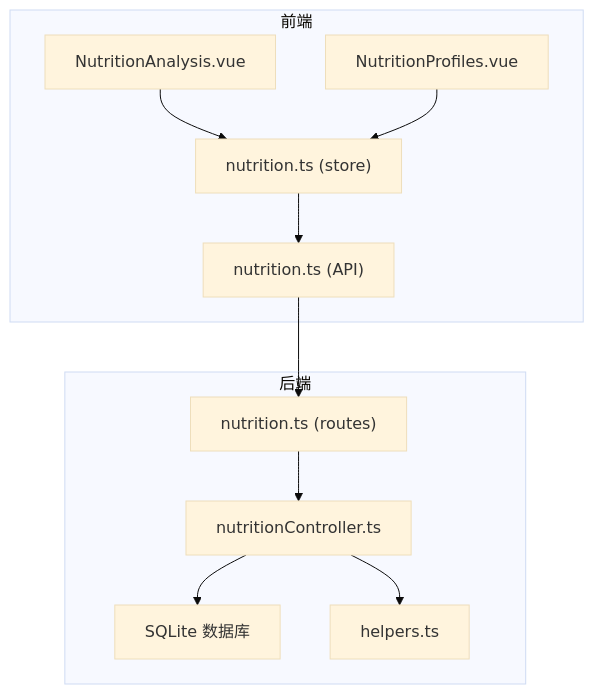
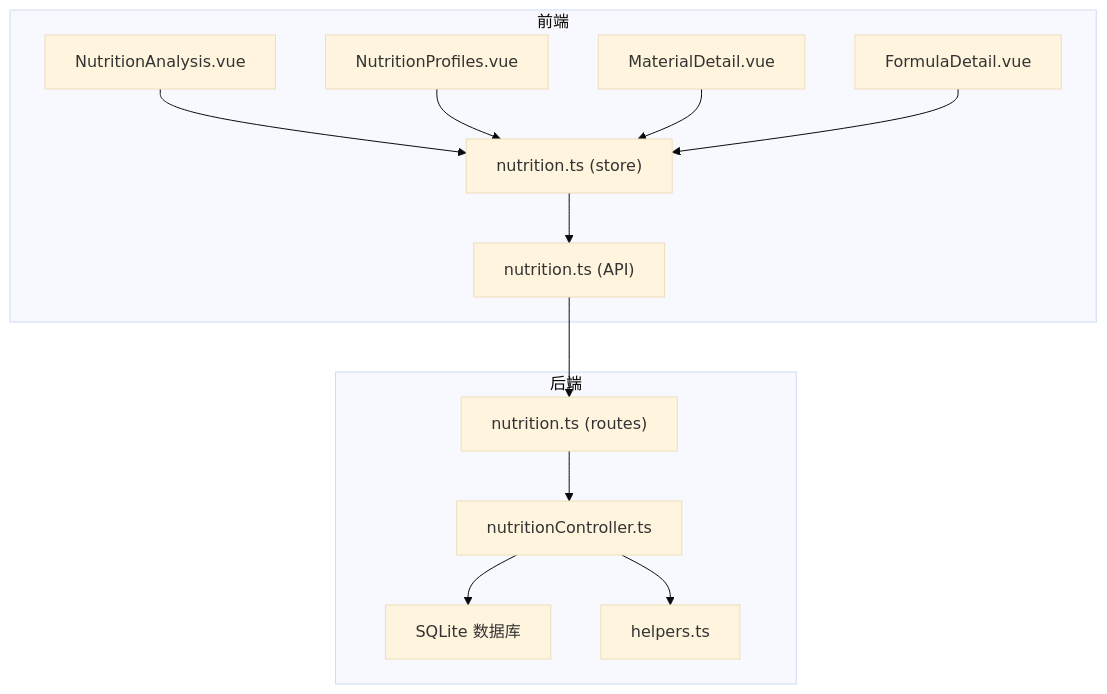
One commit to xpretycn/TingStudio changed the first of 10 diagrams in .qoder/repowiki/zh/content/核心功能模块/营养分析系统.md. Above: the diagram before and after it, drawn with Mermaid (base theme). The commit also changed other lines of this file and 56 other files, not shown here.

````diff
--- a/.qoder/repowiki/zh/content/核心功能模块/营养分析系统.md
+++ b/.qoder/repowiki/zh/content/核心功能模块/营养分析系统.md
@@ -36,22 +48,26 @@
 ```mermaid
 graph TB
 subgraph "前端"
 FA["NutritionAnalysis.vue"]
 FP["NutritionProfiles.vue"]
+MD["MaterialDetail.vue"]
+FD["FormulaDetail.vue"]
 FS["nutrition.ts (store)"]
 API["nutrition.ts (API)"]
 end
 subgraph "后端"
 RC["nutritionController.ts"]
 RT["nutrition.ts (routes)"]
 DB["SQLite 数据库"]
 HELP["helpers.ts"]
 end
 FA --> FS
 FP --> FS
+MD --> FS
+FD --> FS
 FS --> API
 API --> RT
 RT --> RC
 RC --> DB
 RC --> HELP
 ```
````
